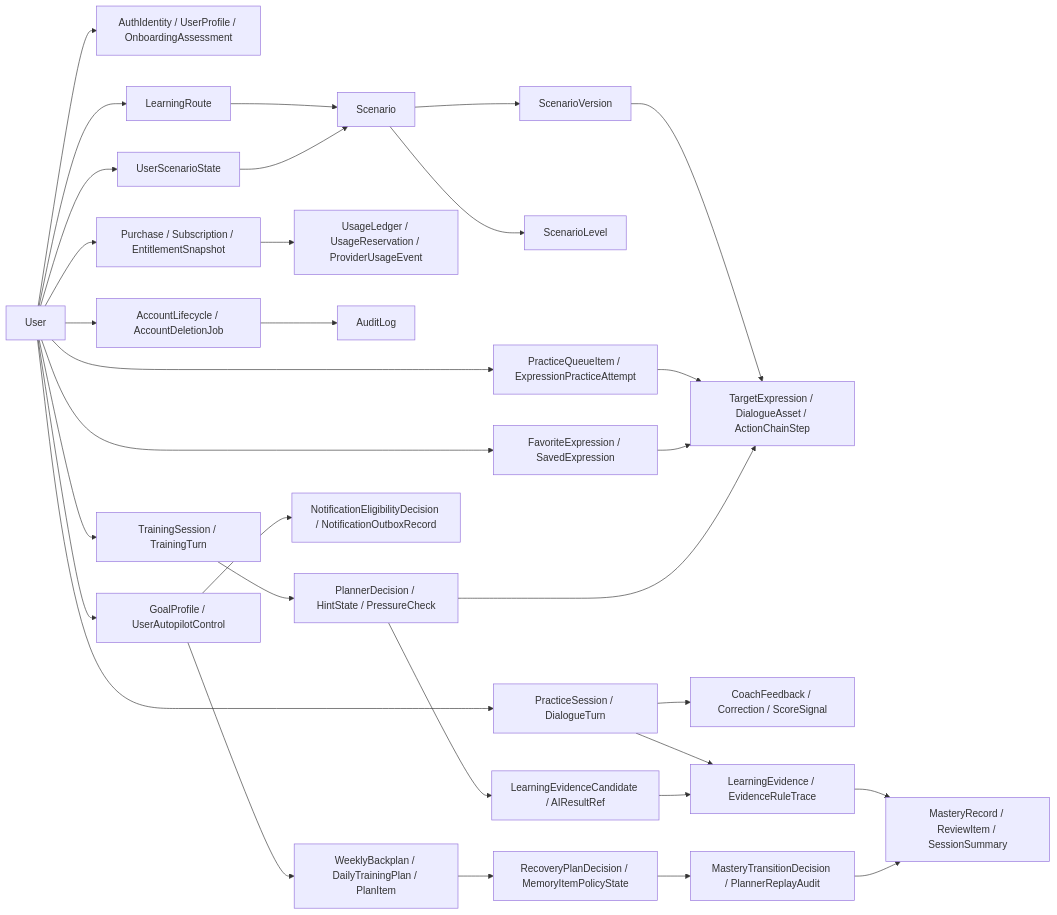
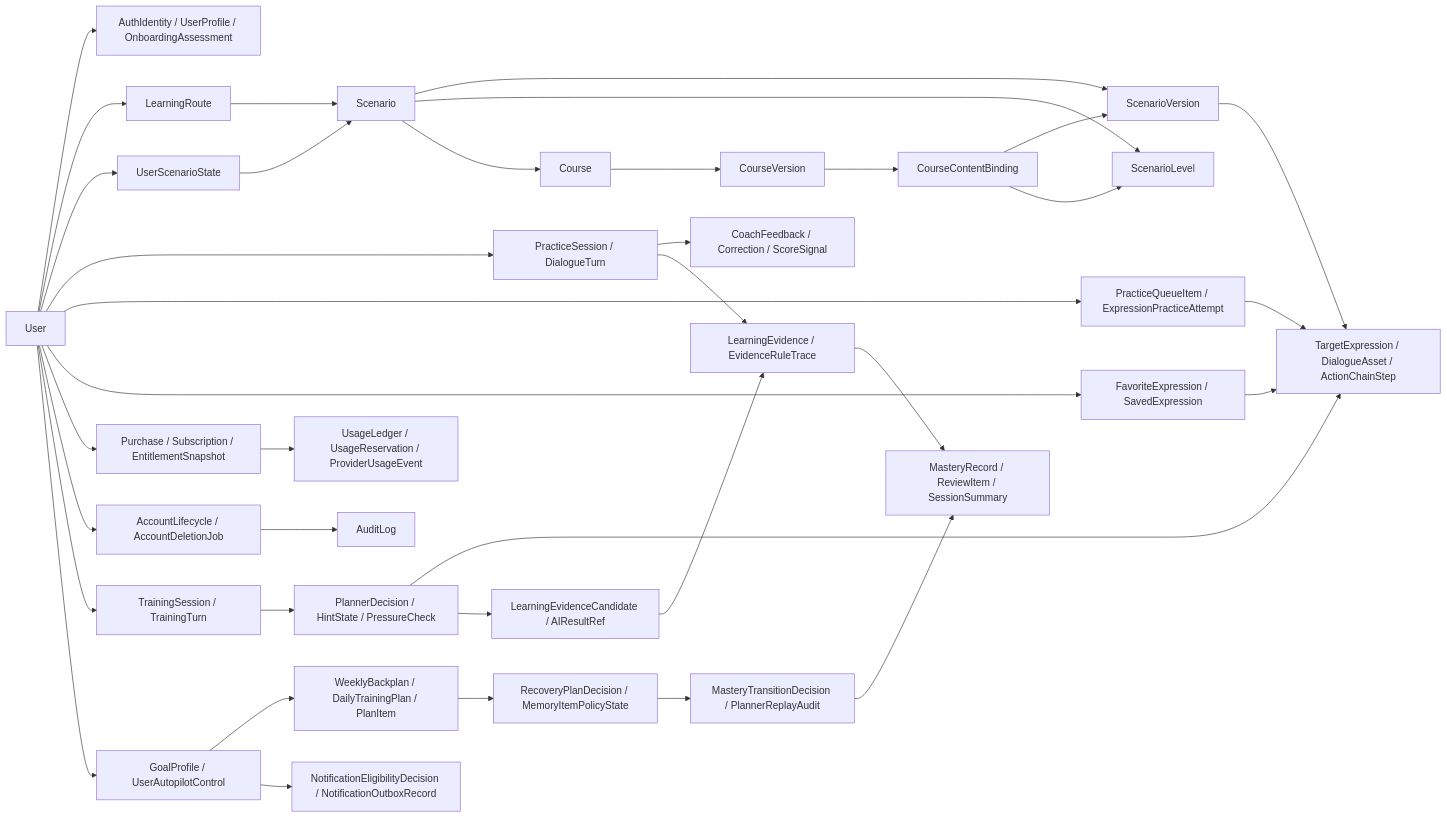
One commit to tomzengzone/speakeasy changed the diagram in docs/domain/entity_relationship.md. Above: the diagram before and after it, drawn with Mermaid. The commit also changed other lines of this file and 65 other files, not shown here.

````diff
--- a/docs/domain/entity_relationship.md
+++ b/docs/domain/entity_relationship.md
@@ -27,39 +28,44 @@
 ```mermaid
 flowchart LR
   User["User"] --> Identity["AuthIdentity / UserProfile / OnboardingAssessment"]
   User --> Route["LearningRoute"]
   User --> UserScenarioState["UserScenarioState"]
   Route --> Scenario["Scenario"]
   UserScenarioState --> Scenario
   Scenario --> ScenarioVersion["ScenarioVersion"]
   Scenario --> ScenarioLevel["ScenarioLevel"]
   ScenarioVersion --> Expression["TargetExpression / DialogueAsset / ActionChainStep"]
+  Scenario --> Course["Course"]
+  Course --> CourseVersion["CourseVersion"]
+  CourseVersion --> CourseBinding["CourseContentBinding"]
+  CourseBinding --> ScenarioVersion
+  CourseBinding --> ScenarioLevel
 
   User --> Practice["PracticeSession / DialogueTurn"]
   Practice --> Feedback["CoachFeedback / Correction / ScoreSignal"]
   Practice --> Evidence["LearningEvidence / EvidenceRuleTrace"]
   Evidence --> Mastery["MasteryRecord / ReviewItem / SessionSummary"]
 
   User --> Queue["PracticeQueueItem / ExpressionPracticeAttempt"]
   Queue --> Expression
   User --> Favorites["FavoriteExpression / SavedExpression"]
   Favorites --> Expression
 
   User --> Commerce["Purchase / Subscription / EntitlementSnapshot"]
   Commerce --> Usage["UsageLedger / UsageReservation / ProviderUsageEvent"]
   User --> Deletion["AccountLifecycle / AccountDeletionJob"]
   Deletion --> Audit["AuditLog"]
 
   User --> Training["TrainingSession / TrainingTurn"]
   Training --> Planner["PlannerDecision / HintState / PressureCheck"]
   Planner --> Expression
   Planner --> EvidenceCandidate["LearningEvidenceCandidate / AIResultRef"]
   EvidenceCandidate --> Evidence
 
   User --> GoalAutopilot["GoalProfile / UserAutopilotControl"]
   GoalAutopilot --> GoalPlan["WeeklyBackplan / DailyTrainingPlan / PlanItem"]
   GoalAutopilot --> GoalNotify["NotificationEligibilityDecision / NotificationOutboxRecord"]
   GoalPlan --> GoalMemory["RecoveryPlanDecision / MemoryItemPolicyState"]
   GoalMemory --> GoalMastery["MasteryTransitionDecision / PlannerReplayAudit"]
   GoalMastery --> Mastery
 ```
````
